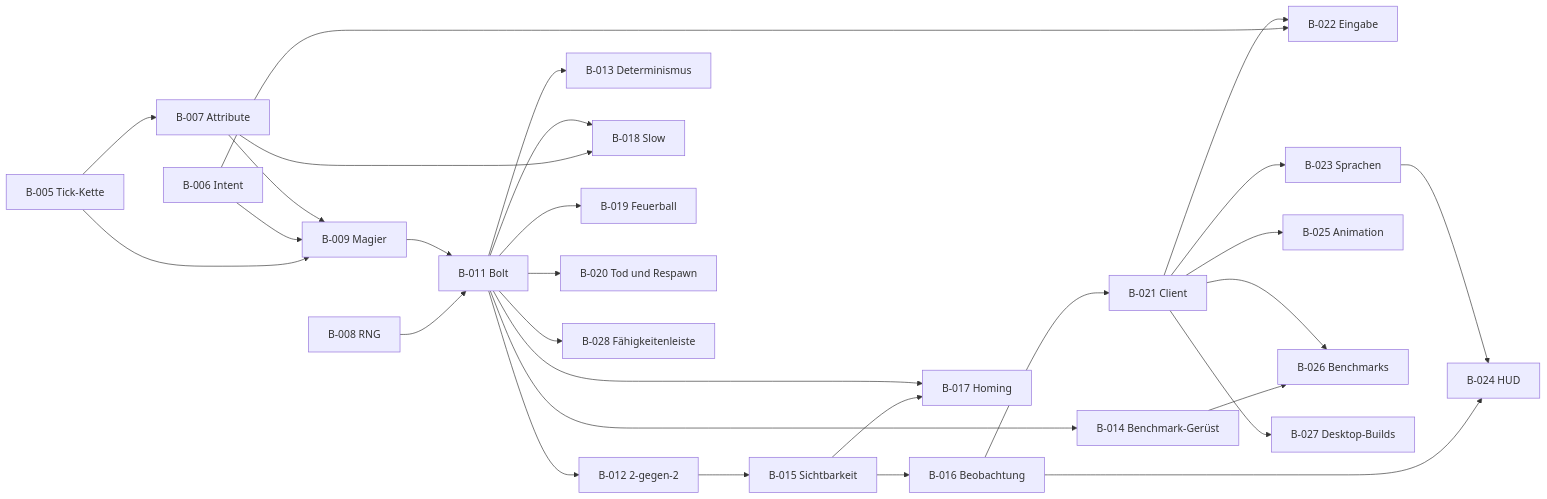
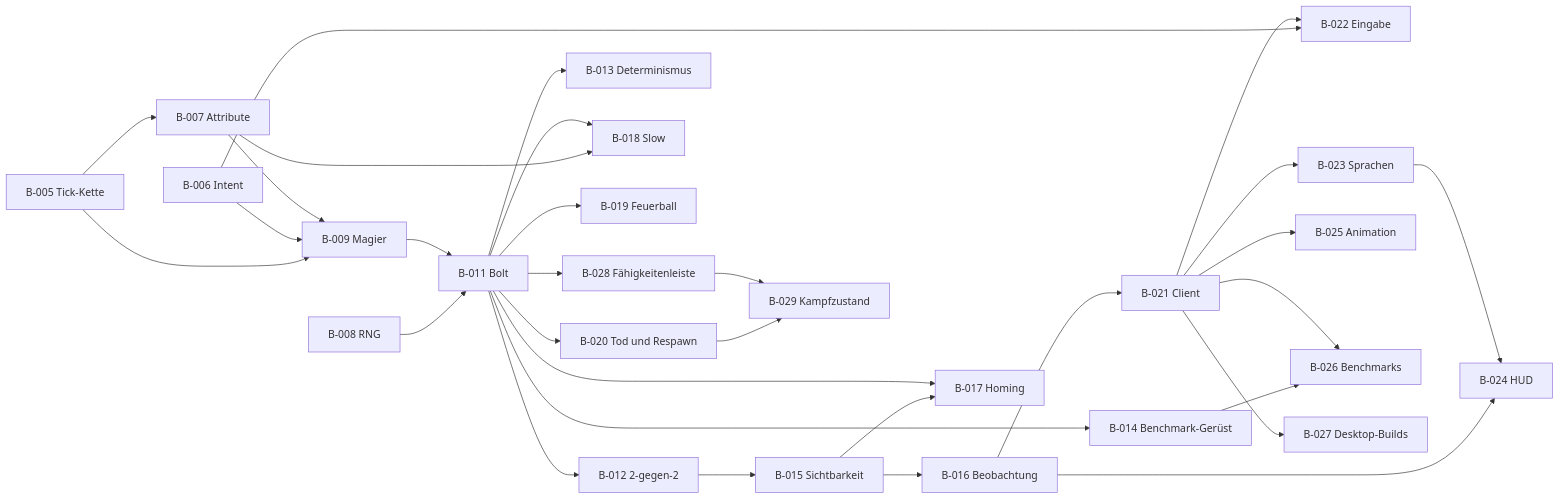
The diagram in docs/backlog.md (MagierSpieleSchmiede/mage-game), drawn with Mermaid before and after one commit. The commit also changed other lines of this file and 21 other files, not shown here.

````diff
--- a/docs/backlog.md
+++ b/docs/backlog.md
@@ -73,34 +75,36 @@
 ```mermaid
 flowchart LR
   B005["B-005 Tick-Kette"]
   B008["B-008 RNG"]
   B006["B-006 Intent"]
   B005 --> B007["B-007 Attribute"]
   B005 --> B009["B-009 Magier"]
   B006 --> B009
   B007 --> B009
   B008 --> B011["B-011 Bolt"]
   B009 --> B011
   B011 --> B012["B-012 2-gegen-2"]
   B011 --> B013["B-013 Determinismus"]
   B011 --> B014["B-014 Benchmark-Gerüst"]
   B012 --> B015["B-015 Sichtbarkeit"]
   B015 --> B016["B-016 Beobachtung"]
   B015 --> B017["B-017 Homing"]
   B011 --> B017
   B007 --> B018["B-018 Slow"]
   B011 --> B018
   B011 --> B019["B-019 Feuerball"]
   B011 --> B020["B-020 Tod und Respawn"]
   B011 --> B028["B-028 Fähigkeitenleiste"]
+  B020 --> B029["B-029 Kampfzustand"]
+  B028 --> B029
   B016 --> B021["B-021 Client"]
   B006 --> B022["B-022 Eingabe"]
   B021 --> B022
   B021 --> B023["B-023 Sprachen"]
   B016 --> B024["B-024 HUD"]
   B023 --> B024
   B021 --> B025["B-025 Animation"]
   B014 --> B026["B-026 Benchmarks"]
   B021 --> B026
   B021 --> B027["B-027 Desktop-Builds"]
 ```
````
